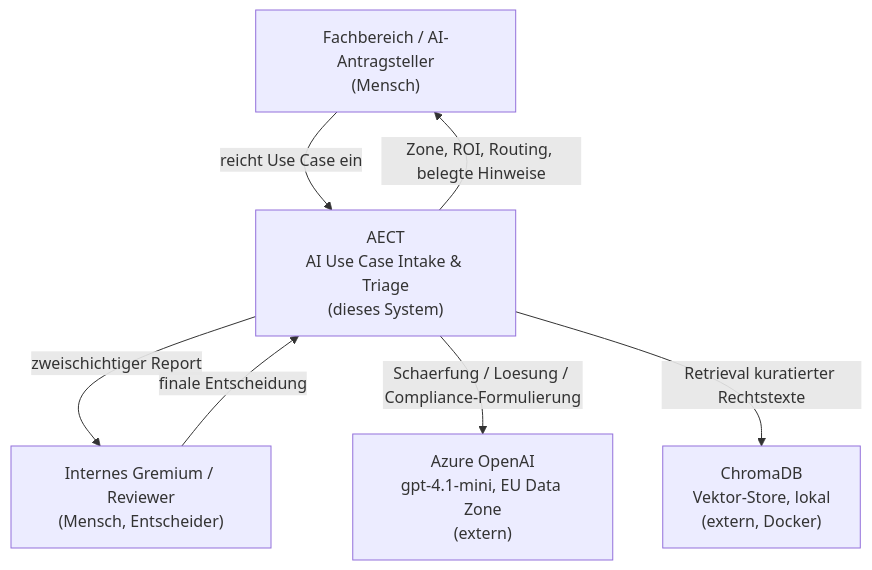
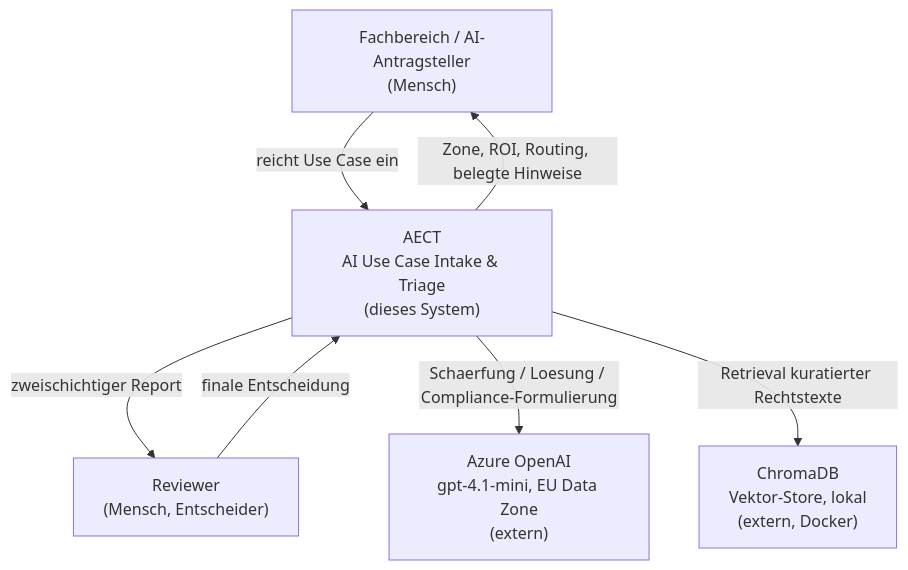
Before and after one commit to anas-ai-lab/ai-efficiency-control-tower: the first of 6 diagrams in docs/architecture.md, drawn with Mermaid. The commit also changed 2 other files, not shown here.

Commit message:
fix(docs): Internes Gremium durch generische Bezeichnung ersetzt (IP-Trennung)

````diff
--- a/docs/architecture.md
+++ b/docs/architecture.md
@@ -35,15 +35,15 @@
 ```mermaid
 flowchart TB
     user["Fachbereich / AI-Antragsteller<br/>(Mensch)"]
-    reviewer["Internes Gremium / Reviewer<br/>(Mensch, Entscheider)"]
+    reviewer["Reviewer<br/>(Mensch, Entscheider)"]
     aect["AECT<br/>AI Use Case Intake & Triage<br/>(dieses System)"]
     azure["Azure OpenAI<br/>gpt-4.1-mini, EU Data Zone<br/>(extern)"]
     chroma["ChromaDB<br/>Vektor-Store, lokal<br/>(extern, Docker)"]
 
     user -->|reicht Use Case ein| aect
     aect -->|Zone, ROI, Routing, belegte Hinweise| user
     aect -->|zweischichtiger Report| reviewer
     reviewer -->|finale Entscheidung| aect
     aect -->|Schaerfung / Loesung / Compliance-Formulierung| azure
     aect -->|Retrieval kuratierter Rechtstexte| chroma
 ```
````
